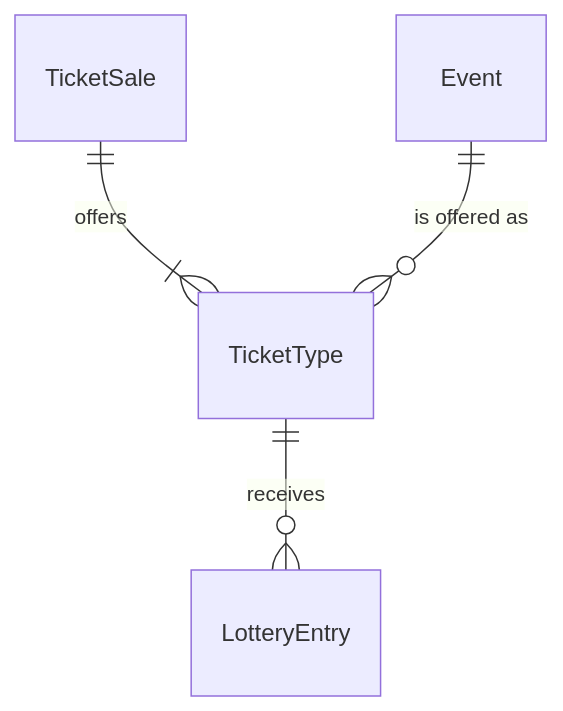
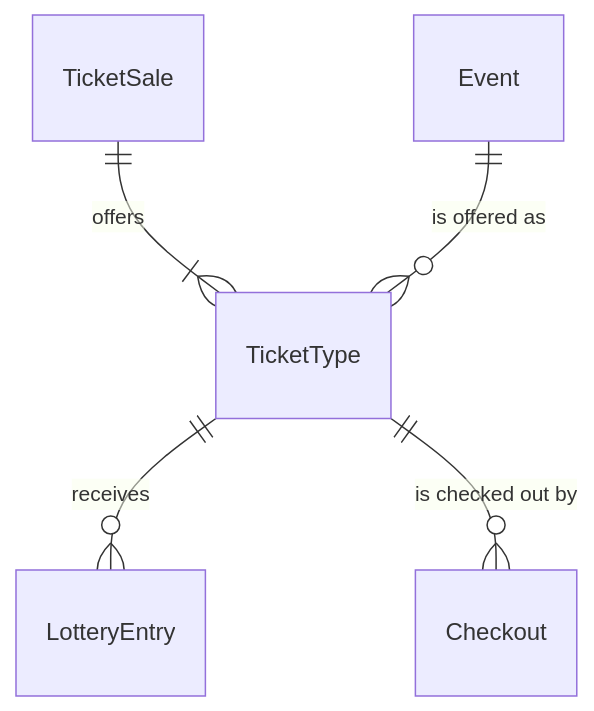
One commit to liverty-music/specification changed the diagram in openspec/changes/unify-ticket-sales/specs/components/entity/ticket-type/spec.md. Above: the diagram before and after it, drawn with Mermaid. The commit also changed other lines of this file and 190 other files, not shown here.

````diff
--- a/openspec/changes/unify-ticket-sales/specs/components/entity/ticket-type/spec.md
+++ b/openspec/changes/unify-ticket-sales/specs/components/entity/ticket-type/spec.md
@@ -16,6 +20,7 @@
 ```mermaid
 erDiagram
   TicketSale ||--|{ TicketType : "offers"
   Event ||--o{ TicketType : "is offered as"
   TicketType ||--o{ LotteryEntry : "receives"
+  TicketType ||--o{ Checkout : "is checked out by"
 ```
````
